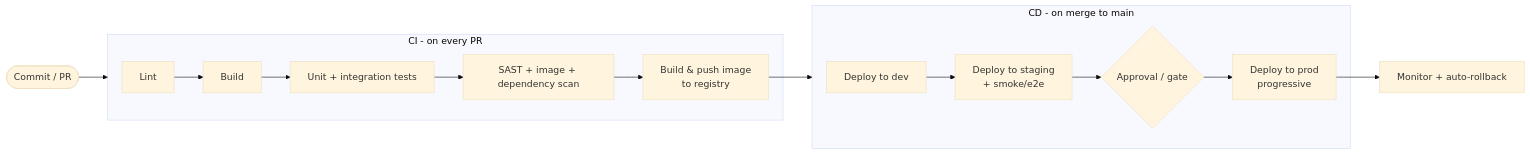
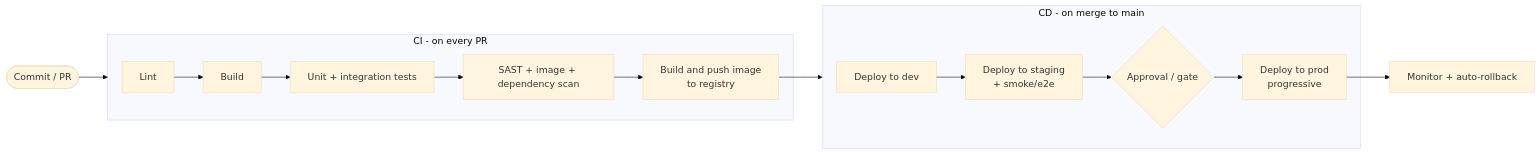
One commit to shubhs248/SystemDesign changed the diagram in 03-devops-infra-design/solutions/scenario-1-cicd-pipeline.md. Above: the diagram before and after it, drawn with Mermaid (base theme). The commit also changed 34 other files, not shown here.

````diff
--- a/03-devops-infra-design/solutions/scenario-1-cicd-pipeline.md
+++ b/03-devops-infra-design/solutions/scenario-1-cicd-pipeline.md
@@ -10,12 +10,12 @@
 ```mermaid
 flowchart LR
     dev([Commit / PR]) --> ci
     subgraph ci[CI - on every PR]
-      lint[Lint] --> build[Build] --> test[Unit + integration tests] --> scan[SAST + image + dependency scan] --> img[Build & push image\nto registry]
+      lint[Lint] --> build[Build] --> test[Unit + integration tests] --> scan[SAST + image + dependency scan] --> img[Build and push image<br/>to registry]
     end
     img --> cd
     subgraph cd[CD - on merge to main]
-      dep_dev[Deploy to dev] --> dep_stg[Deploy to staging\n+ smoke/e2e] --> gate{Approval / gate} --> dep_prod[Deploy to prod\nprogressive]
+      dep_dev[Deploy to dev] --> dep_stg[Deploy to staging<br/>+ smoke/e2e] --> gate{Approval / gate} --> dep_prod[Deploy to prod<br/>progressive]
     end
     dep_prod --> mon[Monitor + auto-rollback]
 ```
````
